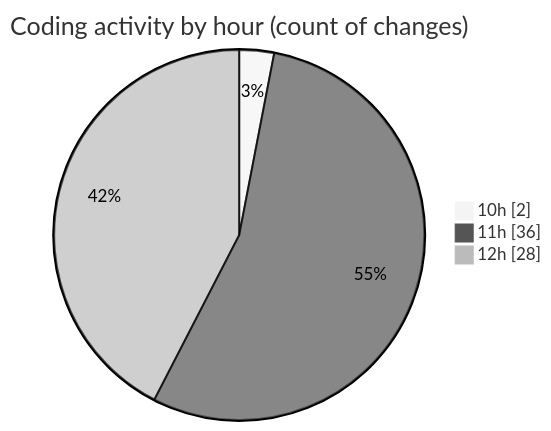
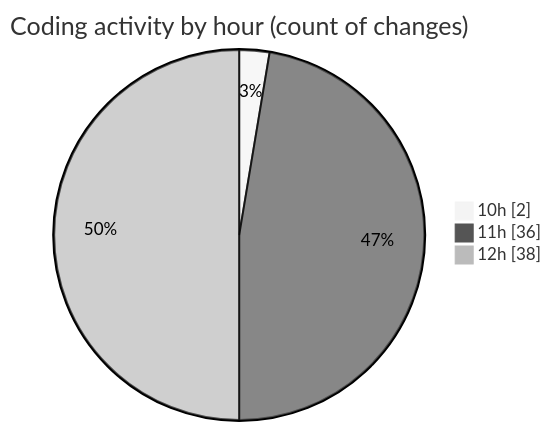
The second of 2 diagrams in 2025-05-13/argos-dev/README.md (nxtqubesakshisongat/code-tracking), drawn with Mermaid (neutral theme) before and after one commit. The commit also changed other lines of this file and 1 other file, not shown here.

````diff
--- a/2025-05-13/argos-dev/README.md
+++ b/2025-05-13/argos-dev/README.md
@@ -31,7 +31,7 @@
 ```mermaid
 pie showData
 title Coding activity by hour (count of changes)
 "10h" : 2
 "11h" : 36
-"12h" : 28
+"12h" : 38
 ```
````
